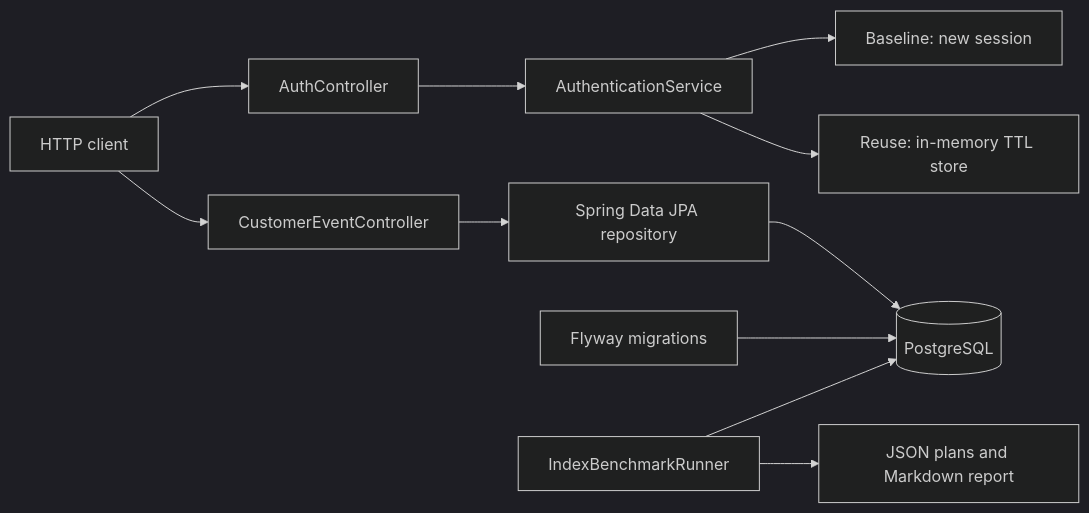
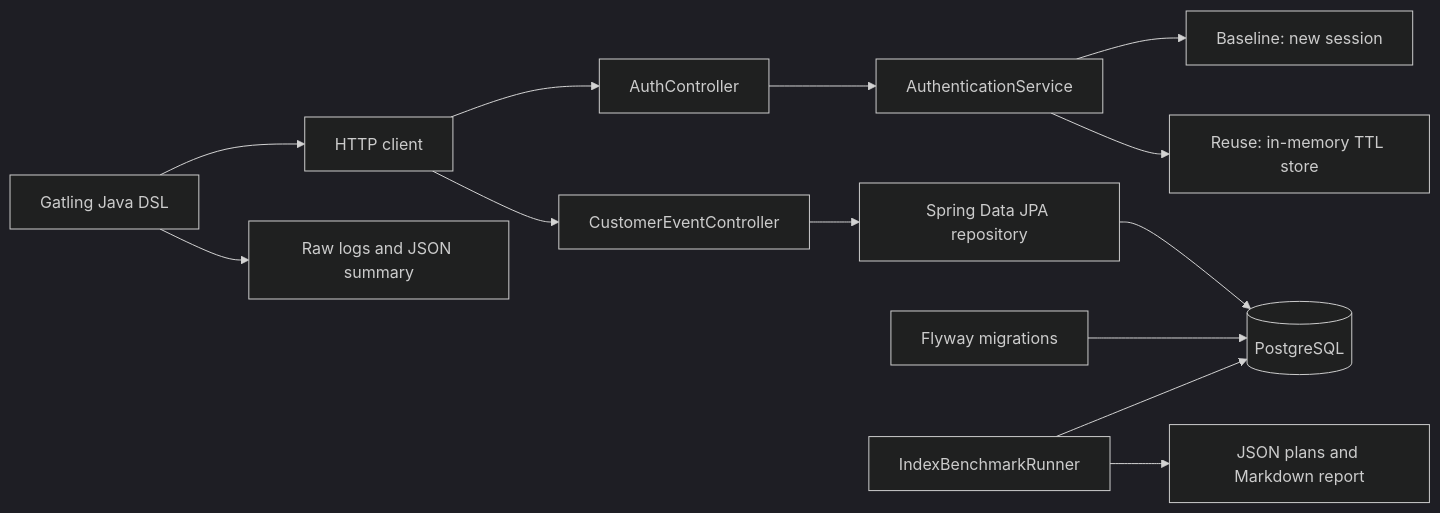
One commit to kennyufish/java-backend-performance-lab changed the diagram in README.md. Above: the diagram before and after it, drawn with Mermaid (dark theme). The commit also changed other lines of this file and 10 other files, not shown here.

````diff
--- a/README.md
+++ b/README.md
@@ -21,14 +23,16 @@
 ```mermaid
 flowchart LR
     C["HTTP client"] --> A["AuthController"]
     A --> AS["AuthenticationService"]
     AS --> B["Baseline: new session"]
     AS --> R["Reuse: in-memory TTL store"]
+    G["Gatling Java DSL"] --> C
+    G --> LR["Raw logs and JSON summary"]
 
     C --> E["CustomerEventController"]
     E --> J["Spring Data JPA repository"]
     J --> P[("PostgreSQL")]
     F["Flyway migrations"] --> P
     BR["IndexBenchmarkRunner"] --> P
     BR --> O["JSON plans and Markdown report"]
 ```
````
